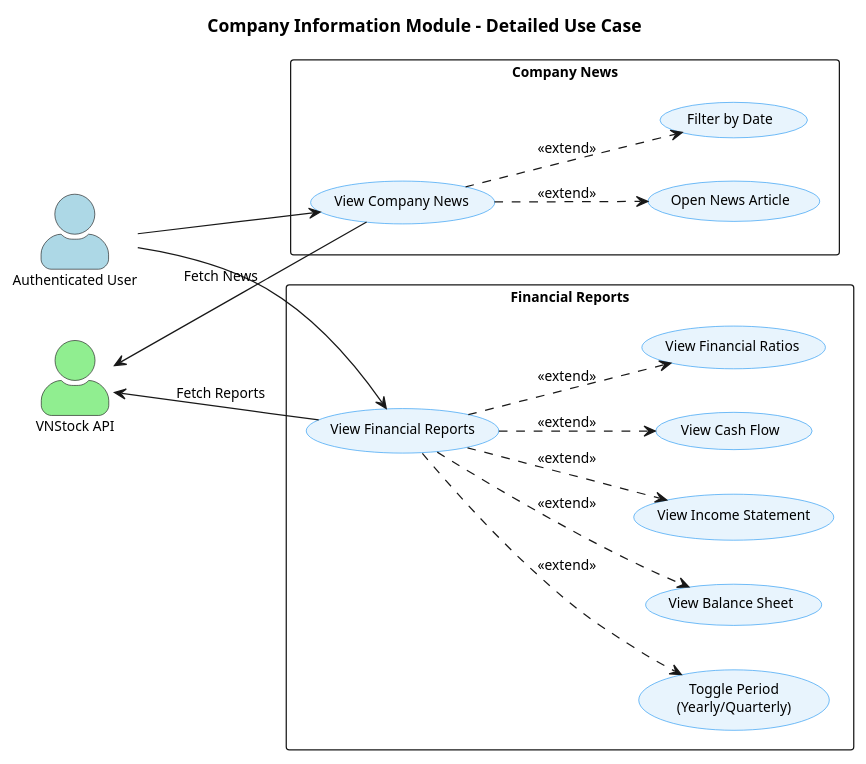
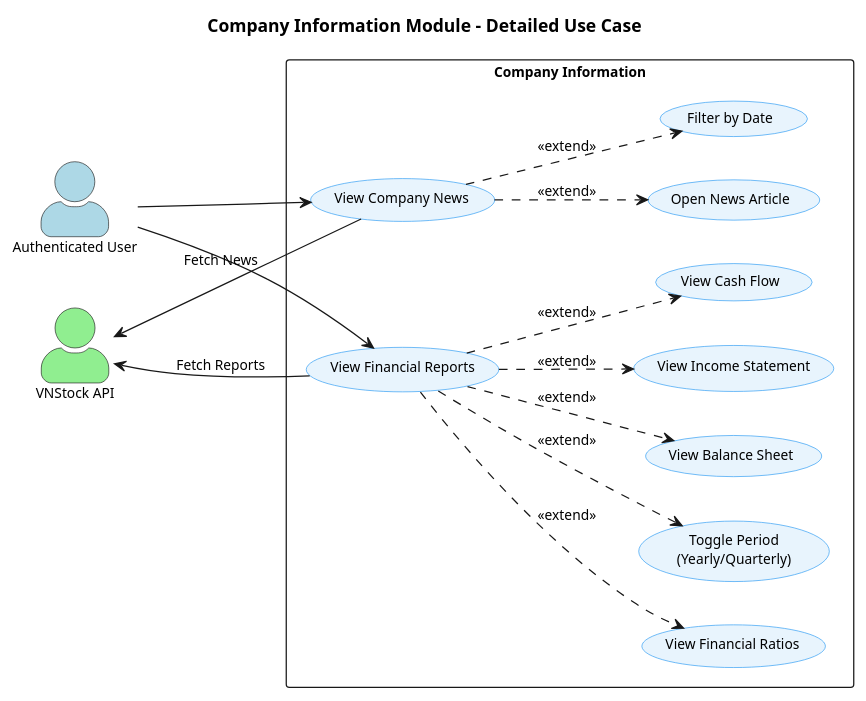
The diagram in user-case-diagram/06-company-info-use-case.puml (enel2906/graduation-thesis-diagram), drawn with PlantUML before and after one commit. The commit also changed 38 other files, not shown here.

```diff
--- a/user-case-diagram/06-company-info-use-case.puml
+++ b/user-case-diagram/06-company-info-use-case.puml
@@ -1,47 +1,45 @@
 @startuml Company Information Use Case
 skinparam backgroundColor white
 skinparam actorStyle awesome
 skinparam packageStyle rectangle
 skinparam defaultFontName Arial
 skinparam defaultFontSize 11
 skinparam usecaseBackgroundColor #E8F4FD
 skinparam usecaseBorderColor #2196F3
 
 title Company Information Module - Detailed Use Case
 
 left to right direction
 
 actor "Authenticated User" as User #LightBlue
 actor "VNStock API" as VNStock #LightGreen
 
-rectangle "Company News" as CN {
+rectangle "Company Information" as CI {
     usecase "View Company News" as UC1
     usecase "Open News Article" as UC2
     usecase "Filter by Date" as UC3
     
     UC1 ..> UC2 : <<extend>>
     UC1 ..> UC3 : <<extend>>
-}
 
-rectangle "Financial Reports" as FR {
     usecase "View Financial Reports" as UC4
     usecase "View Balance Sheet" as UC5
     usecase "View Income Statement" as UC6
     usecase "View Cash Flow" as UC7
     usecase "View Financial Ratios" as UC8
     usecase "Toggle Period\n(Yearly/Quarterly)" as UC9
     
     UC4 ..> UC5 : <<extend>>
     UC4 ..> UC6 : <<extend>>
     UC4 ..> UC7 : <<extend>>
     UC4 ..> UC8 : <<extend>>
     UC4 ..> UC9 : <<extend>>
 }
 
 User --> UC1
 User --> UC4
 
 VNStock <-- UC1 : Fetch News
 VNStock <-- UC4 : Fetch Reports
 
 @enduml
```
